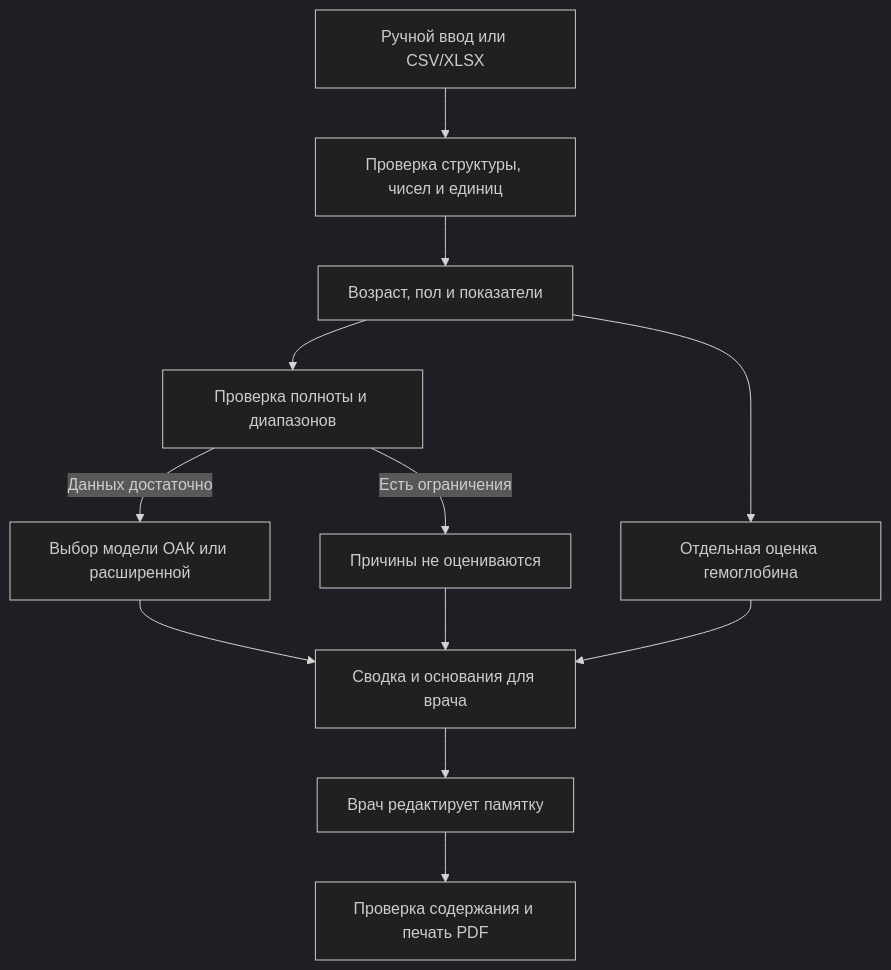
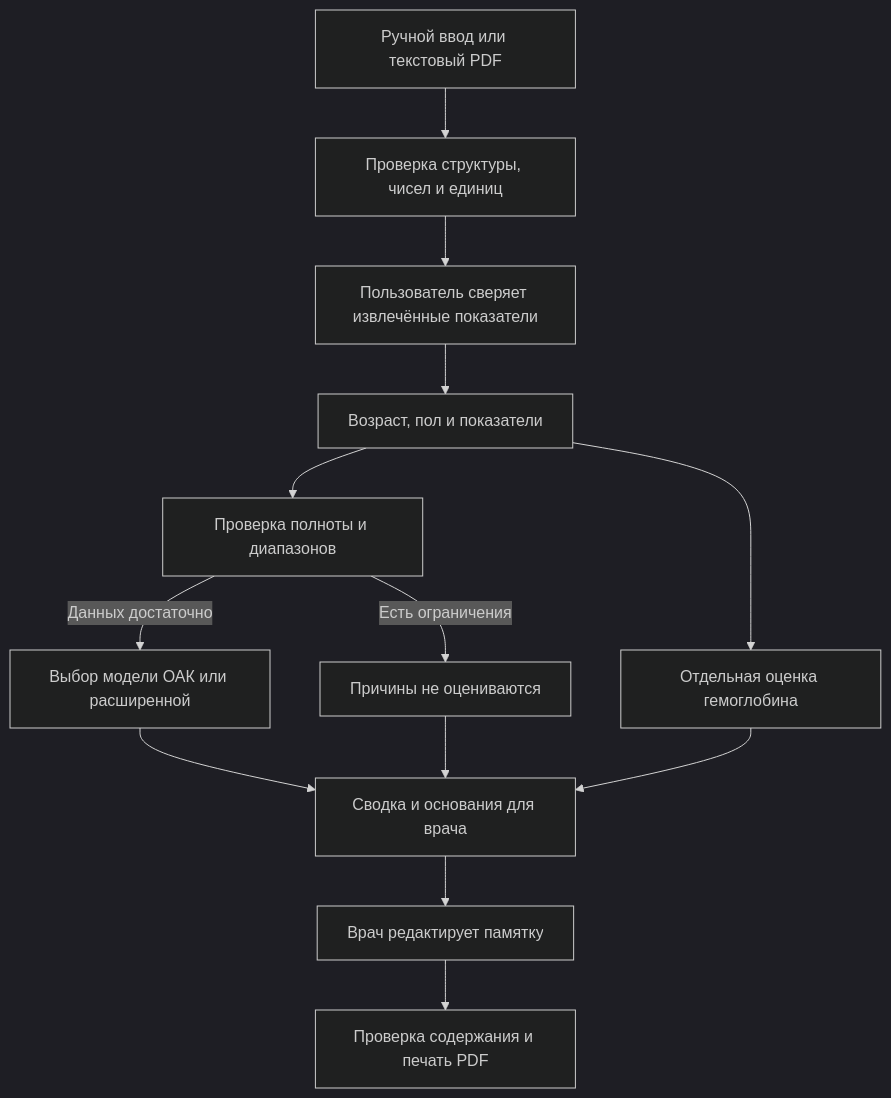
Before and after one commit to sooonklc-sys/leya: the diagram in docs/ARCHITECTURE.md, drawn with Mermaid (dark theme). The commit also changed other lines of this file and 21 other files, not shown here.

````diff
--- a/docs/ARCHITECTURE.md
+++ b/docs/ARCHITECTURE.md
@@ -5,14 +5,15 @@
 ```mermaid
 flowchart TD
-  A[Ручной ввод или CSV/XLSX] --> B[Проверка структуры, чисел и единиц]
-  B --> C[Возраст, пол и показатели]
+  A[Ручной ввод или текстовый PDF] --> B[Проверка структуры, чисел и единиц]
+  B --> V[Пользователь сверяет извлечённые показатели]
+  V --> C[Возраст, пол и показатели]
   C --> D[Отдельная оценка гемоглобина]
   C --> E[Проверка полноты и диапазонов]
   E -->|Данных достаточно| F[Выбор модели ОАК или расширенной]
   E -->|Есть ограничения| G[Причины не оцениваются]
   F --> H[Сводка и основания для врача]
   G --> H
   D --> H
   H --> I[Врач редактирует памятку]
   I --> J[Проверка содержания и печать PDF]
 ```
````
